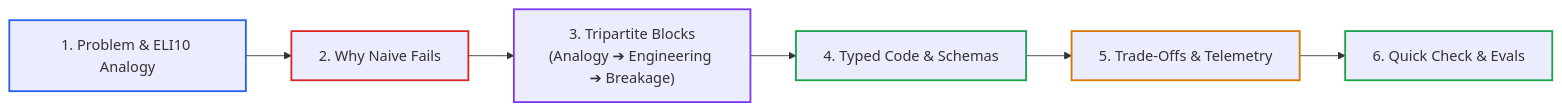
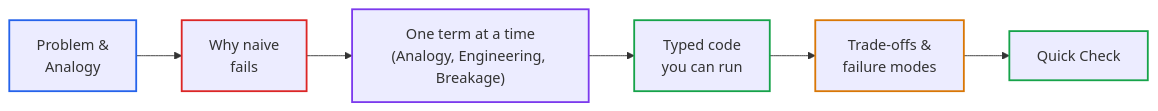
Before and after one commit to dip4k/senior-engineer-to-ai-engineer-roadmap: the diagram in .agents/skills/ai-curriculum-refactoring/SKILL.md, drawn with Mermaid. The commit also changed other lines of this file and 49 other files, not shown here.

````diff
--- a/.agents/skills/ai-curriculum-refactoring/SKILL.md
+++ b/.agents/skills/ai-curriculum-refactoring/SKILL.md
@@ -55,15 +96,15 @@
 ```mermaid
 flowchart LR
-    Prob["1. Problem & ELI10 Analogy"] --> Naive["2. Why Naive Fails"]
-    Naive --> Tripartite["3. Tripartite Blocks<br>(Analogy ➔ Engineering ➔ Breakage)"]
-    Tripartite --> Code["4. Typed Code & Schemas"]
-    Code --> Trade["5. Trade-Offs & Telemetry"]
-    Trade --> Check["6. Quick Check & Evals"]
+    Prob["Problem &<br>Analogy"] --> Naive["Why naive<br>fails"]
+    Naive --> Mech["One term at a time<br>(Analogy, Engineering, Breakage)"]
+    Mech --> Code["Typed code<br>you can run"]
+    Code --> Trade["Trade-offs &<br>failure modes"]
+    Trade --> Check["Quick Check"]
 
     style Prob stroke:#2563eb,stroke-width:2px
     style Naive stroke:#dc2626,stroke-width:2px
-    style Tripartite stroke:#7c3aed,stroke-width:2px
+    style Mech stroke:#7c3aed,stroke-width:2px
     style Code stroke:#16a34a,stroke-width:2px
     style Trade stroke:#d97706,stroke-width:2px
     style Check stroke:#16a34a,stroke-width:2px
 ```
````
